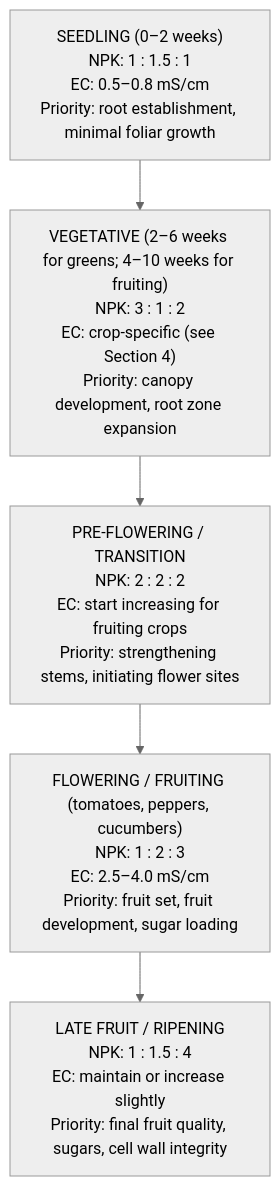
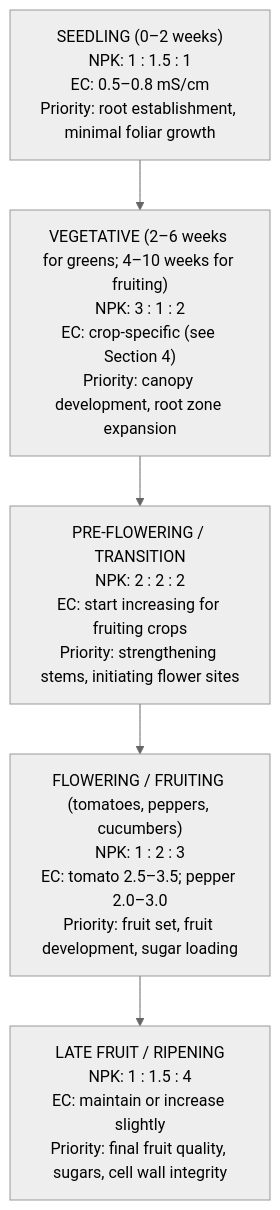
Before and after one commit to UncleJS/guide_hydroponics: the first of 3 diagrams in guide/ebb-and-flow/02-nutrient-solution.md, drawn with Mermaid (neutral theme). The commit also changed other lines of this file and 11 other files, not shown here.

````diff
--- a/guide/ebb-and-flow/02-nutrient-solution.md
+++ b/guide/ebb-and-flow/02-nutrient-solution.md
@@ -114,10 +114,10 @@
 ```mermaid
 flowchart TD
     A["SEEDLING (0–2 weeks)<br/>NPK: 1 : 1.5 : 1<br/>EC: 0.5–0.8 mS/cm<br/>Priority: root establishment, minimal foliar growth"]
     B["VEGETATIVE (2–6 weeks for greens; 4–10 weeks for fruiting)<br/>NPK: 3 : 1 : 2<br/>EC: crop-specific (see Section 4)<br/>Priority: canopy development, root zone expansion"]
     C["PRE-FLOWERING / TRANSITION<br/>NPK: 2 : 2 : 2<br/>EC: start increasing for fruiting crops<br/>Priority: strengthening stems, initiating flower sites"]
-    D["FLOWERING / FRUITING (tomatoes, peppers, cucumbers)<br/>NPK: 1 : 2 : 3<br/>EC: 2.5–4.0 mS/cm<br/>Priority: fruit set, fruit development, sugar loading"]
+    D["FLOWERING / FRUITING (tomatoes, peppers, cucumbers)<br/>NPK: 1 : 2 : 3<br/>EC: tomato 2.5–3.5; pepper 2.0–3.0<br/>Priority: fruit set, fruit development, sugar loading"]
     E["LATE FRUIT / RIPENING<br/>NPK: 1 : 1.5 : 4<br/>EC: maintain or increase slightly<br/>Priority: final fruit quality, sugars, cell wall integrity"]
 
     A --> B --> C --> D --> E
 ```
````
